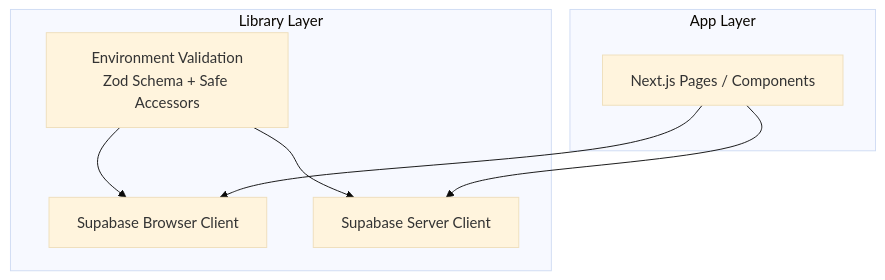
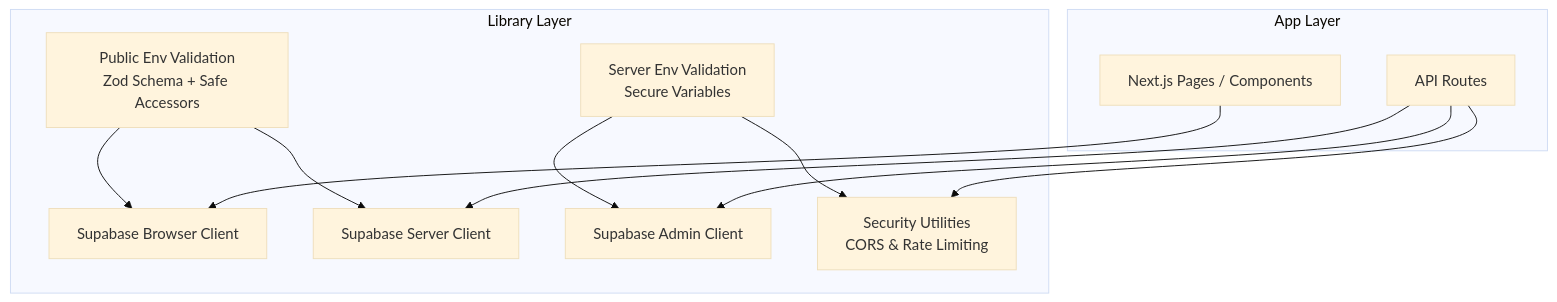
One commit to AmeliaDi/ProyectoENESZooMatch changed the first of 8 diagrams in .qoder/repowiki/en/content/Environment Configuration.md. Above: the diagram before and after it, drawn with Mermaid (base theme). The commit also changed other lines of this file and 85 other files, not shown here.

````diff
--- a/.qoder/repowiki/en/content/Environment Configuration.md
+++ b/.qoder/repowiki/en/content/Environment Configuration.md
@@ -35,15 +52,23 @@
 ```mermaid
 graph TB
 subgraph "App Layer"
 UI["Next.js Pages / Components"]
+API["API Routes"]
 end
 subgraph "Library Layer"
-ENV["Environment Validation<br/>Zod Schema + Safe Accessors"]
+ENV["Public Env Validation<br/>Zod Schema + Safe Accessors"]
+SENV["Server Env Validation<br/>Secure Variables"]
 SUP_CLIENT["Supabase Browser Client"]
 SUP_SERVER["Supabase Server Client"]
+SUP_ADMIN["Supabase Admin Client"]
+SECURITY["Security Utilities<br/>CORS & Rate Limiting"]
 end
 ENV --> SUP_CLIENT
 ENV --> SUP_SERVER
+SENV --> SUP_ADMIN
+SENV --> SECURITY
+API --> SUP_SERVER
+API --> SUP_ADMIN
+API --> SECURITY
 UI --> SUP_CLIENT
-UI --> SUP_SERVER
 ```
````
